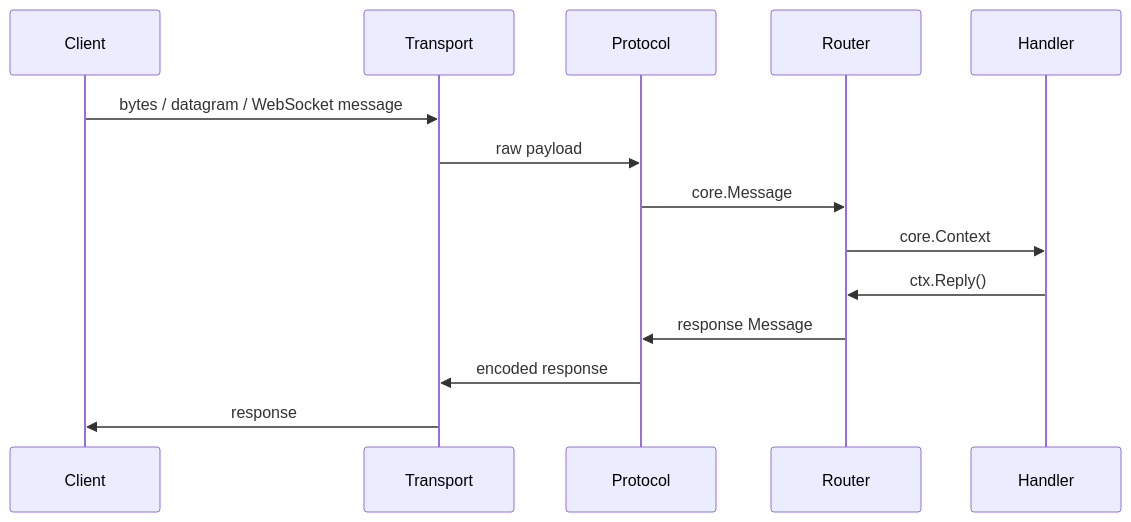
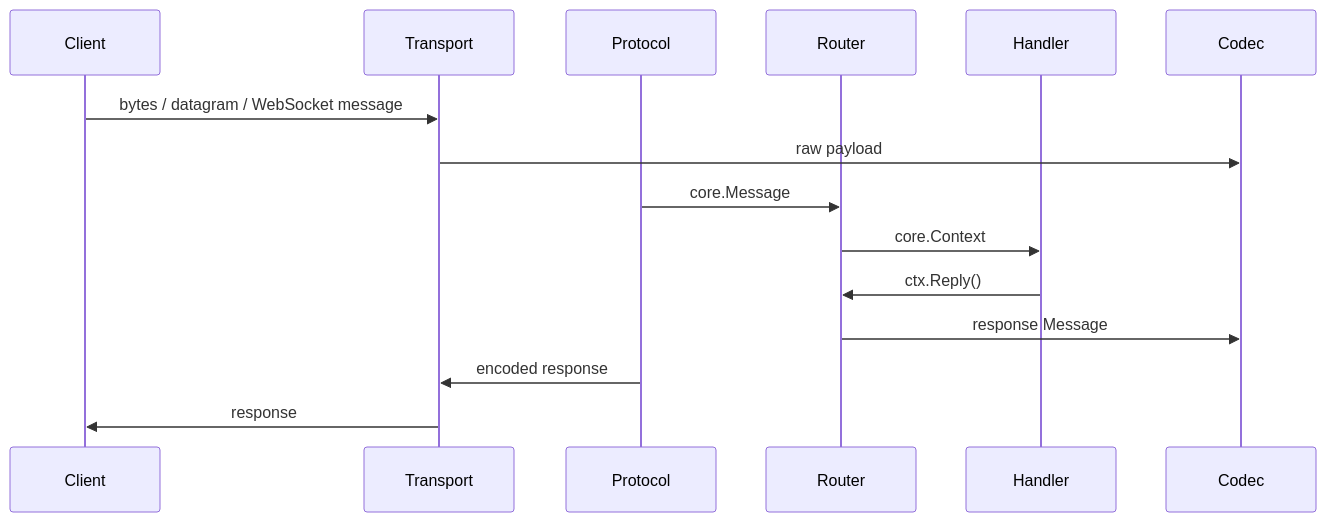
Before and after one commit to saramand9/kpro: the second of 3 diagrams in README.md, drawn with Mermaid. The commit also changed other lines of this file and 151 other files, not shown here.

First line of the commit message:
refactor: clarify app architecture and codec layer

````diff
--- a/README.md
+++ b/README.md
@@ -114,17 +110,17 @@
 ```mermaid
 sequenceDiagram
     participant Client
     participant Transport
     participant Protocol
     participant Router
     participant Handler
 
     Client->>Transport: bytes / datagram / WebSocket message
-    Transport->>Protocol: raw payload
+    Transport->>Codec: raw payload
     Protocol->>Router: core.Message
     Router->>Handler: core.Context
     Handler->>Router: ctx.Reply()
-    Router->>Protocol: response Message
+    Router->>Codec: response Message
     Protocol->>Transport: encoded response
     Transport->>Client: response
 ```
````
